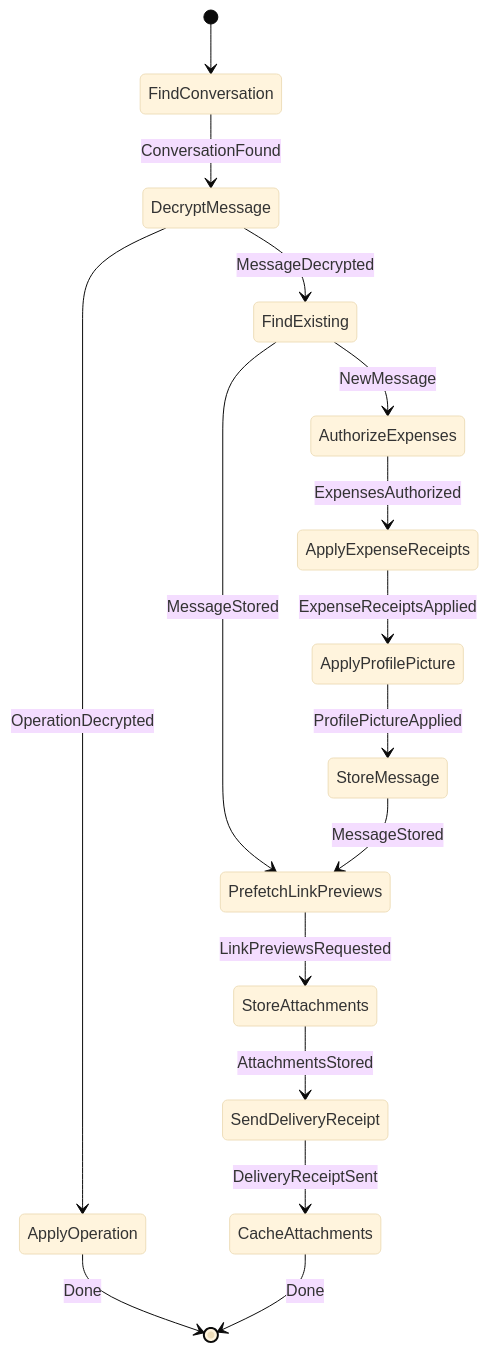
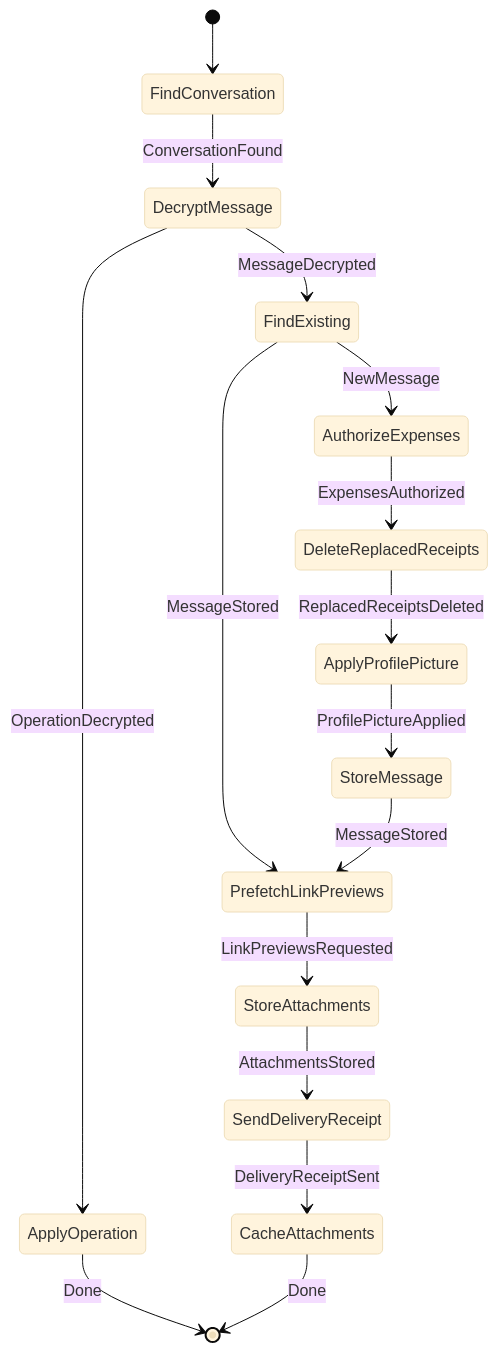
One commit to cbgm/Sparrow changed the second of 30 diagrams in docs/architecture/workflows/incoming.md. Above: the diagram before and after it, drawn with Mermaid (base theme). The commit also changed other lines of this file and 62 other files, not shown here.

````diff
--- a/docs/architecture/workflows/incoming.md
+++ b/docs/architecture/workflows/incoming.md
@@ -92,18 +92,18 @@
 ```mermaid
 stateDiagram-v2
     [*] --> FindConversation
     FindConversation --> DecryptMessage : ConversationFound
     DecryptMessage --> FindExisting : MessageDecrypted
     DecryptMessage --> ApplyOperation : OperationDecrypted
     ApplyOperation --> [*] : Done
     FindExisting --> PrefetchLinkPreviews : MessageStored
     FindExisting --> AuthorizeExpenses : NewMessage
-    AuthorizeExpenses --> ApplyExpenseReceipts : ExpensesAuthorized
-    ApplyExpenseReceipts --> ApplyProfilePicture : ExpenseReceiptsApplied
+    AuthorizeExpenses --> DeleteReplacedReceipts : ExpensesAuthorized
+    DeleteReplacedReceipts --> ApplyProfilePicture : ReplacedReceiptsDeleted
     ApplyProfilePicture --> StoreMessage : ProfilePictureApplied
     StoreMessage --> PrefetchLinkPreviews : MessageStored
     PrefetchLinkPreviews --> StoreAttachments : LinkPreviewsRequested
     StoreAttachments --> SendDeliveryReceipt : AttachmentsStored
     SendDeliveryReceipt --> CacheAttachments : DeliveryReceiptSent
     CacheAttachments --> [*] : Done
 ```
````
